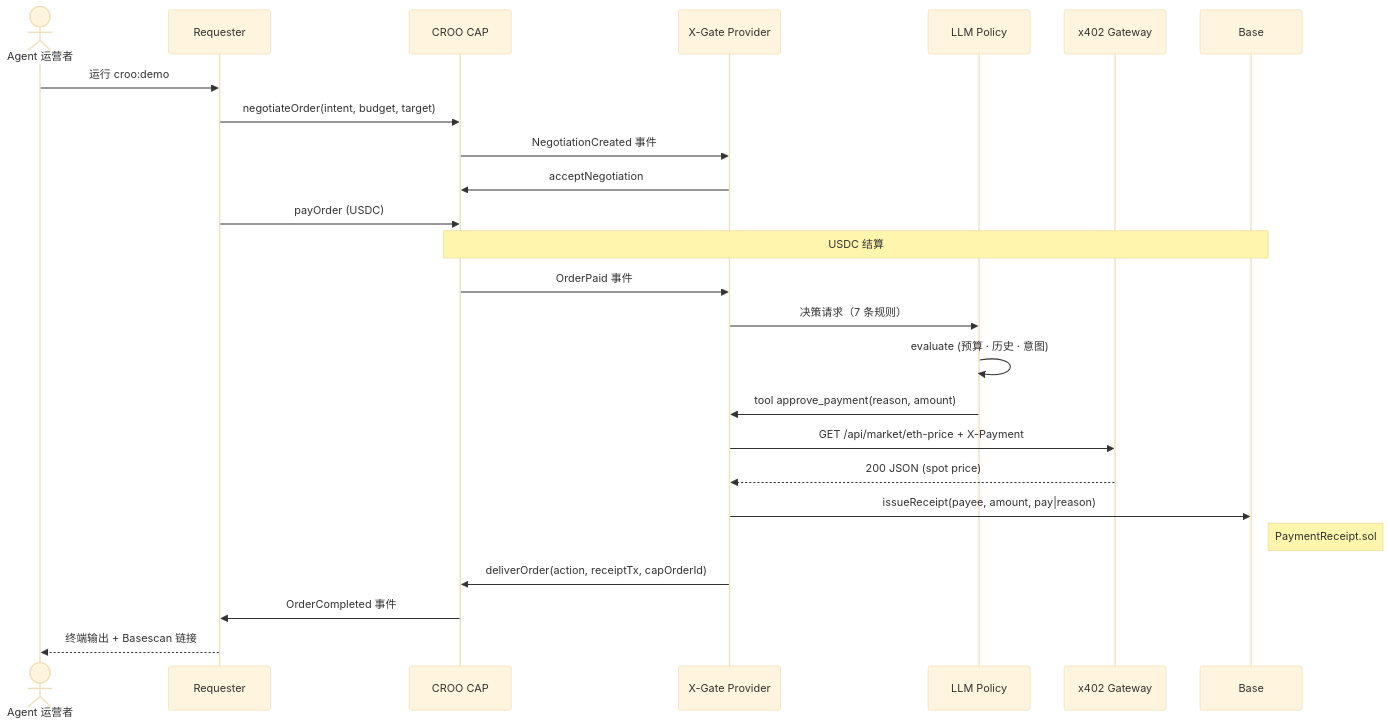
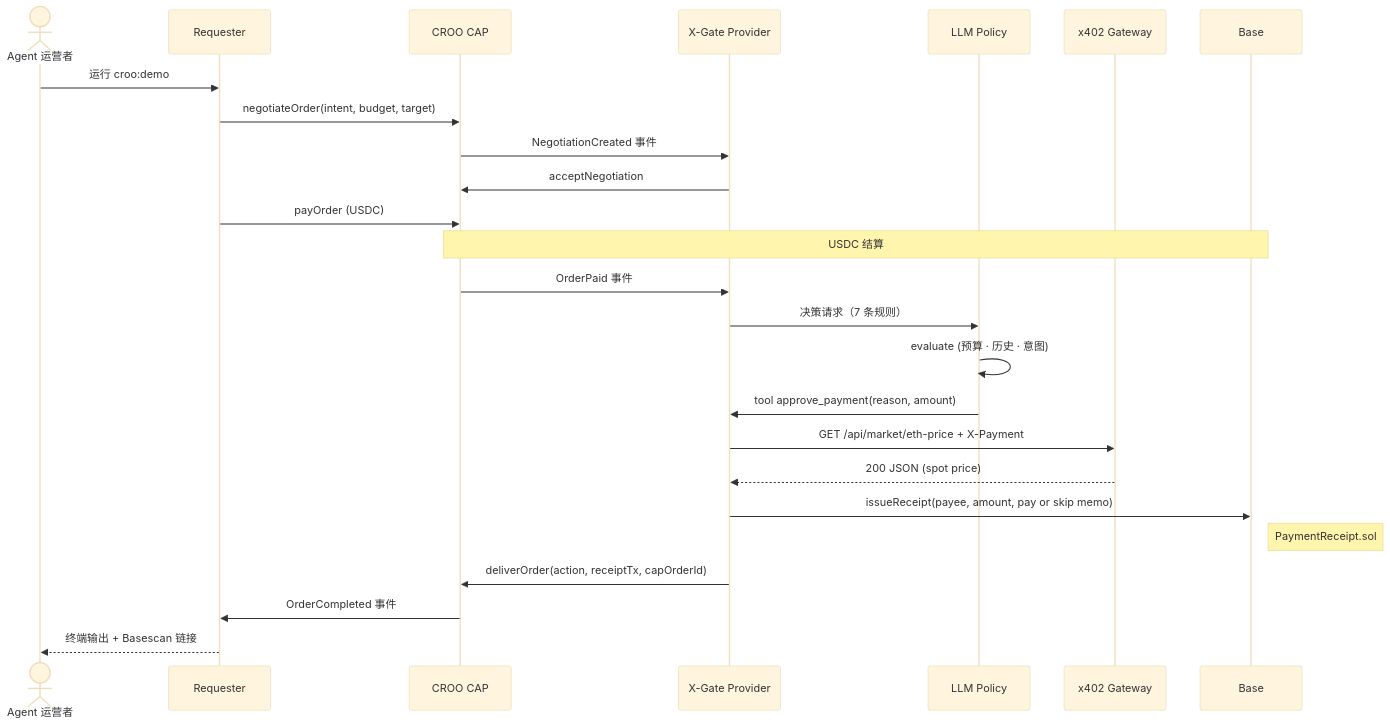
One commit to rgtang/x-gate changed the third of 3 diagrams in README.md. Above: the diagram before and after it, drawn with Mermaid (base theme). The commit also changed other lines of this file, not shown here.

````diff
--- a/README.md
+++ b/README.md
@@ -163,28 +163,28 @@
 ```mermaid
 sequenceDiagram
   actor Op as Agent 运营者
   participant Req as Requester
   participant CAP as CROO CAP
   participant Prov as X-Gate Provider
   participant LLM as LLM Policy
   participant GW as x402 Gateway
   participant Chain as Base
 
   Op->>Req: 运行 croo:demo
   Req->>CAP: negotiateOrder(intent, budget, target)
   CAP->>Prov: NegotiationCreated 事件
   Prov->>CAP: acceptNegotiation
   Req->>CAP: payOrder (USDC)
   Note over CAP,Chain: USDC 结算
   CAP->>Prov: OrderPaid 事件
   Prov->>LLM: 决策请求（7 条规则）
   LLM->>LLM: evaluate (预算 · 历史 · 意图)
   LLM->>Prov: tool approve_payment(reason, amount)
   Prov->>GW: GET /api/market/eth-price + X-Payment
   GW-->>Prov: 200 JSON (spot price)
-  Prov->>Chain: issueReceipt(payee, amount, pay|reason)
+  Prov->>Chain: issueReceipt(payee, amount, pay or skip memo)
   Note right of Chain: PaymentReceipt.sol
   Prov->>CAP: deliverOrder(action, receiptTx, capOrderId)
   CAP->>Req: OrderCompleted 事件
   Req-->>Op: 终端输出 + Basescan 链接
 ```
````
